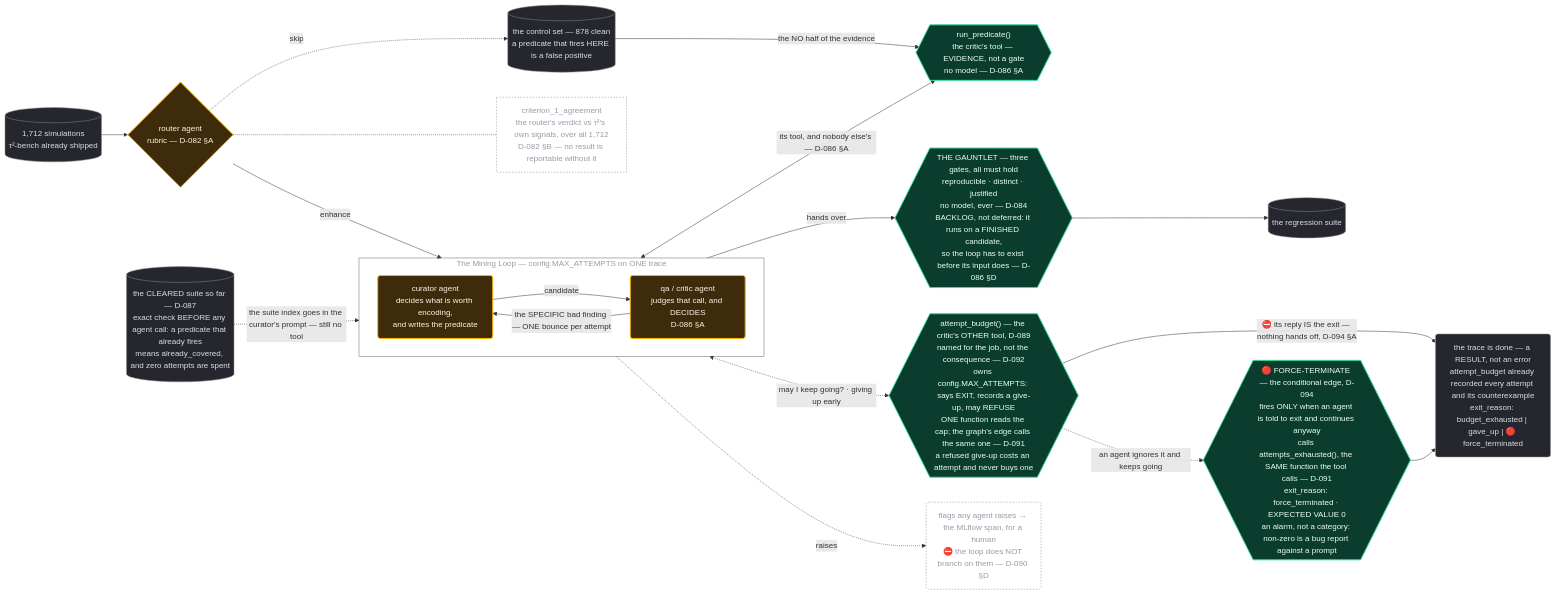
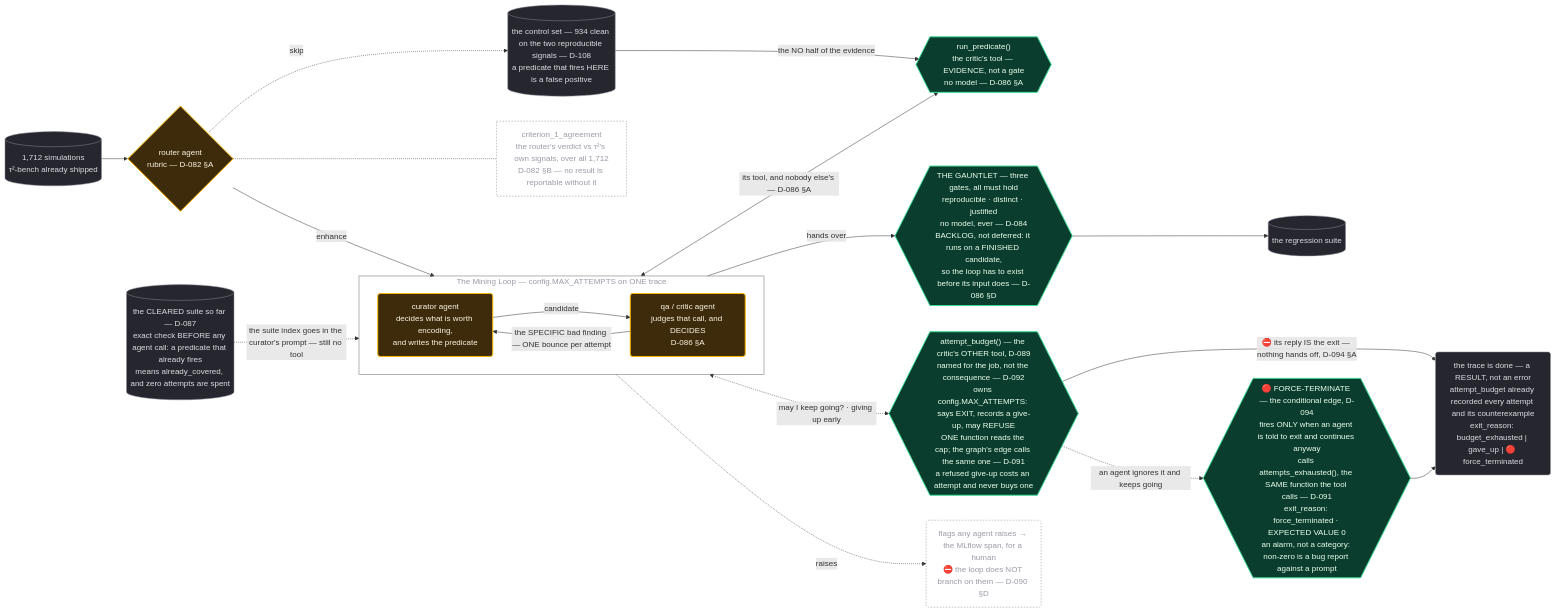
The diagram in diagrams/agents.mmd (sandeepyadav1478/touchstone), drawn with Mermaid before and after one commit. The commit also changed 10 other files, not shown here.

```diff
--- a/diagrams/agents.mmd
+++ b/diagrams/agents.mmd
@@ -1,56 +1,56 @@
 %% touchstone — the mining loop's three agents, and where the decision sits. D-082, D-086.
 %% The chain: router -> curator <-> critic <-> run_predicate, then critic -> the gauntlet -> suite.
 %% Every green node is mechanical. D-086: run_predicate is EVIDENCE the critic reads, not a gate.
 %% D-089: the critic holds TWO tools. unmineable is a RESULT it records, never a stage.
 flowchart LR
 
   IN[("1,712 simulations<br/>τ²-bench already shipped")]
   ROUTER{"router agent<br/>rubric — D-082 §A"}
 
   subgraph LOOP["The Mining Loop — config.MAX_ATTEMPTS on ONE trace"]
     direction LR
     CURATOR("curator agent<br/>decides what is worth encoding,<br/>and writes the predicate")
     CRITIC("qa / critic agent<br/>judges that call, and DECIDES<br/>D-086 §A")
     CURATOR -- "candidate" --> CRITIC
     CRITIC -- "the SPECIFIC bad finding — ONE bounce per attempt" --> CURATOR
   end
 
   TEST{{"run_predicate()<br/>the critic's tool — EVIDENCE, not a gate<br/>no model — D-086 §A"}}
   BUDGET{{"attempt_budget() — the critic's OTHER tool, D-089<br/>named for the job, not the consequence — D-092<br/>owns config.MAX_ATTEMPTS: says EXIT, records a give-up, may REFUSE<br/>ONE function reads the cap; the graph's edge calls the same one — D-091<br/>a refused give-up costs an attempt and never buys one"}}
   GAUNTLET{{"THE GAUNTLET — three gates, all must hold<br/>reproducible · distinct · justified<br/>no model, ever — D-084<br/>BACKLOG, not deferred: it runs on a FINISHED candidate,<br/>so the loop has to exist before its input does — D-086 §D"}}
   SUITE[("the regression suite")]
-  CONTROL[("the control set — 878 clean<br/>a predicate that fires HERE is a false positive")]
+  CONTROL[("the control set — 934 clean on the two reproducible signals — D-108<br/>a predicate that fires HERE is a false positive")]
   UNMINED("the trace is done — a RESULT, not an error<br/>attempt_budget already recorded every attempt and its counterexample<br/>exit_reason: budget_exhausted | gave_up | 🔴 force_terminated")
   CAL["criterion_1_agreement<br/>the router's verdict vs τ²'s own signals, over all 1,712<br/>D-082 §B — no result is reportable without it"]
 
   CLEARED[("the CLEARED suite so far — D-087<br/>exact check BEFORE any agent call: a predicate that already fires<br/>means already_covered, and zero attempts are spent")]
 
   IN --> ROUTER
   CLEARED -. "the suite index goes in the curator's prompt — still no tool" .-> CURATOR
   ROUTER -- "enhance" --> CURATOR
   ROUTER -. "skip" .-> CONTROL
   CRITIC <-- "its tool, and nobody else's — D-086 §A" --> TEST
   CONTROL -- "the NO half of the evidence" --> TEST
   CRITIC -- "hands over" --> GAUNTLET
   CRITIC <-. "may I keep going? · giving up early" .-> BUDGET
   FLAG("flags any agent raises → the MLflow span, for a human<br/>⛔ the loop does NOT branch on them — D-090 §D")
   CRITIC -. "raises" .-> FLAG
   EDGE{{"🔴 FORCE-TERMINATE — the conditional edge, D-094<br/>fires ONLY when an agent is told to exit and continues anyway<br/>calls attempts_exhausted(), the SAME function the tool calls — D-091<br/>exit_reason: force_terminated · EXPECTED VALUE 0<br/>an alarm, not a category: non-zero is a bug report against a prompt"}}
   BUDGET -- "⛔ its reply IS the exit — nothing hands off, D-094 §A" --> UNMINED
   BUDGET -. "an agent ignores it and keeps going" .-> EDGE
   EDGE --> UNMINED
   GAUNTLET --> SUITE
   ROUTER -.- CAL
 
   classDef agent fill:#3d2b0b,stroke:#ffb703,stroke-width:2px,color:#fff6e5
   classDef mech  fill:#0b3d2e,stroke:#3ddc97,stroke-width:2px,color:#eaffef
   classDef data  fill:#26262e,stroke:#8a8a99,color:#dcdce4
   classDef note  fill:none,stroke:#8a8a99,stroke-dasharray:3 3,color:#9a9aa8
   classDef box   fill:none,stroke:#666,color:#9a9aa8
 
   class ROUTER,CURATOR,CRITIC agent
   class TEST,BUDGET,EDGE,GAUNTLET mech
   class IN,SUITE,CONTROL,UNMINED data
   class CAL,FLAG note
   class CLEARED data
   class LOOP box
```
